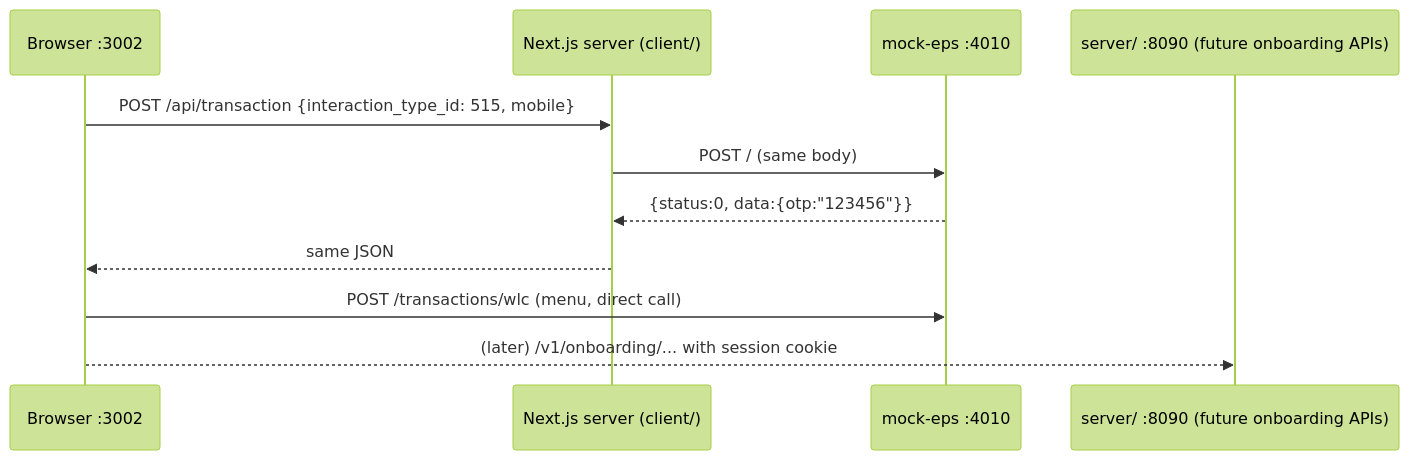
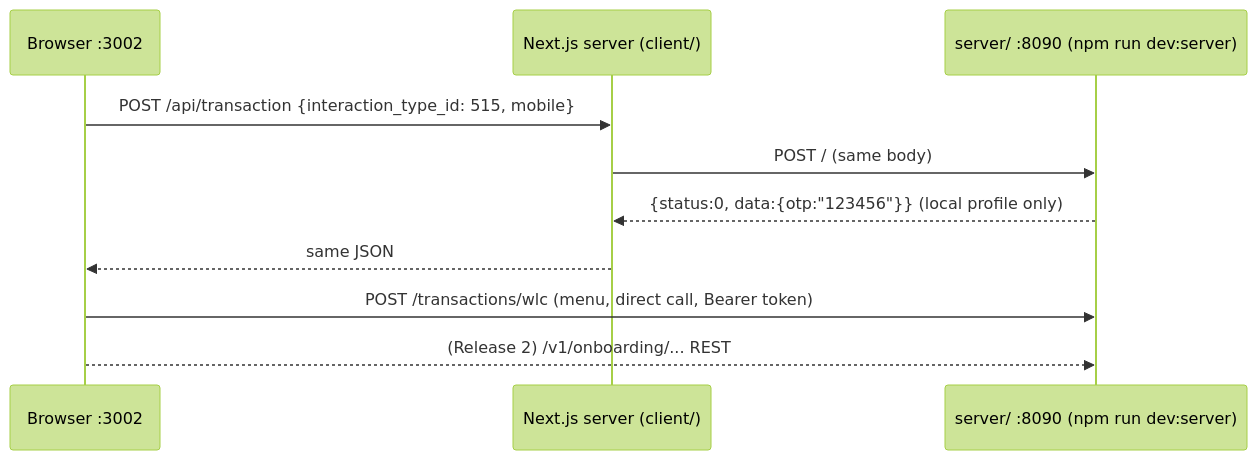
Before and after one commit to sourya-07/eloka: the third of 3 diagrams in docs/ARCHITECTURE_OVERVIEW.md, drawn with Mermaid (forest theme). The commit also changed other lines of this file and 4 other files, not shown here.

Commit message:
docs: bring architecture overview, plan, runbook and CLAUDE.md up to date after P5

````diff
--- a/docs/ARCHITECTURE_OVERVIEW.md
+++ b/docs/ARCHITECTURE_OVERVIEW.md
@@ -113,14 +113,13 @@
 ```mermaid
 sequenceDiagram
     participant B as Browser :3002
     participant N as Next.js server (client/)
-    participant M as mock-eps :4010
-    participant S as server/ :8090 (future onboarding APIs)
+    participant S as server/ :8090 (npm run dev:server)
 
     B->>N: POST /api/transaction {interaction_type_id: 515, mobile}
-    N->>M: POST / (same body)
-    M-->>N: {status:0, data:{otp:"123456"}}
+    N->>S: POST / (same body)
+    S-->>N: {status:0, data:{otp:"123456"}} (local profile only)
     N-->>B: same JSON
-    B->>M: POST /transactions/wlc (menu, direct call)
-    B-->>S: (later) /v1/onboarding/... with session cookie
+    B->>S: POST /transactions/wlc (menu, direct call, Bearer token)
+    B-->>S: (Release 2) /v1/onboarding/... REST
 ```
````
